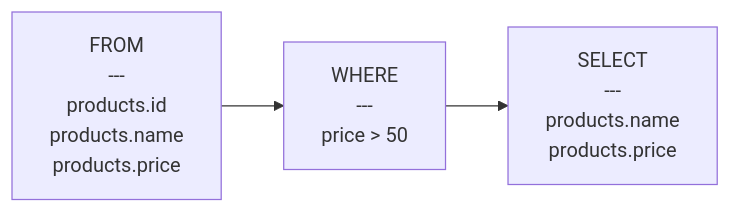
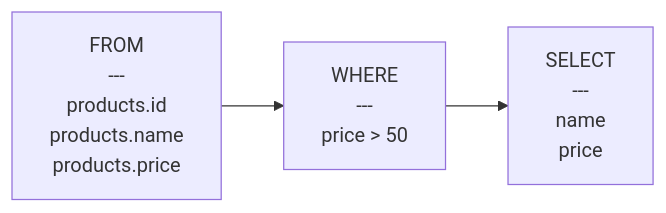
Before and after one commit to rot1024/sqloflow: the diagram in examples/create.mmd, drawn with Mermaid. The commit also changed 13 other files, not shown here.

```diff
--- a/examples/create.mmd
+++ b/examples/create.mmd
@@ -1,6 +1,6 @@
 flowchart LR
     node_0["FROM<br/>---<br/>products.id<br/>products.name<br/>products.price"]
     node_1["WHERE<br/>---<br/>price &gt; 50"]
-    node_2["SELECT<br/>---<br/>products.name<br/>products.price"]
+    node_2["SELECT<br/>---<br/>name<br/>price"]
     node_0 --> node_1
     node_1 --> node_2
```
